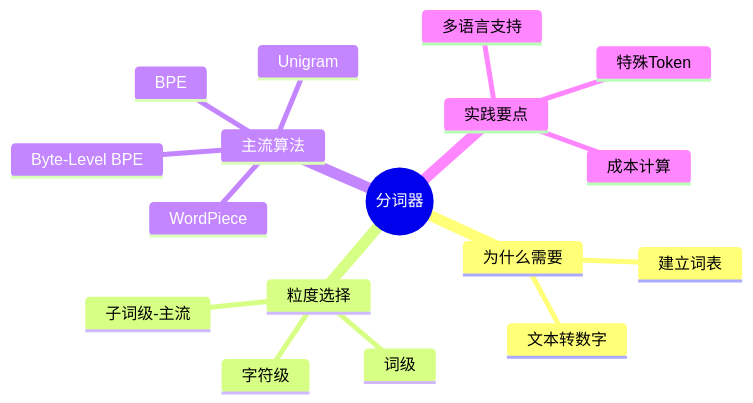
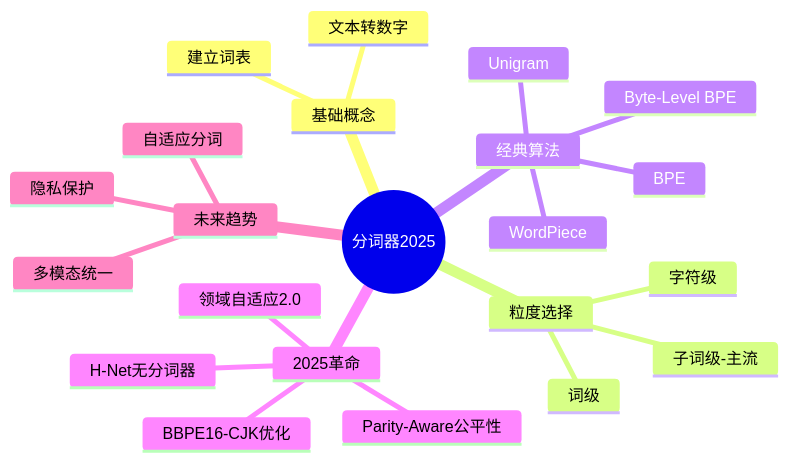
Before and after one commit to Xunzhuo/mini-sglang: diagram 15 of 15 in learning/website/docs/basics/03-tokenization.md, drawn with Mermaid. The commit also changed other lines of this file and 7 other files, not shown here.

````diff
--- a/learning/website/docs/basics/03-tokenization.md
+++ b/learning/website/docs/basics/03-tokenization.md
@@ -296,20 +466,25 @@
 ```mermaid
 mindmap
-  root((分词器))
-    为什么需要
+  root((分词器2025))
+    基础概念
       文本转数字
       建立词表
     粒度选择
       字符级
       词级
       子词级-主流
-    主流算法
+    经典算法
       BPE
       WordPiece
       Unigram
       Byte-Level BPE
-    实践要点
-      特殊Token
-      多语言支持
-      成本计算
+    2025革命
+      BBPE16-CJK优化
+      Parity-Aware公平性
+      H-Net无分词器
+      领域自适应2.0
+    未来趋势
+      自适应分词
+      多模态统一
+      隐私保护
 ```
````
